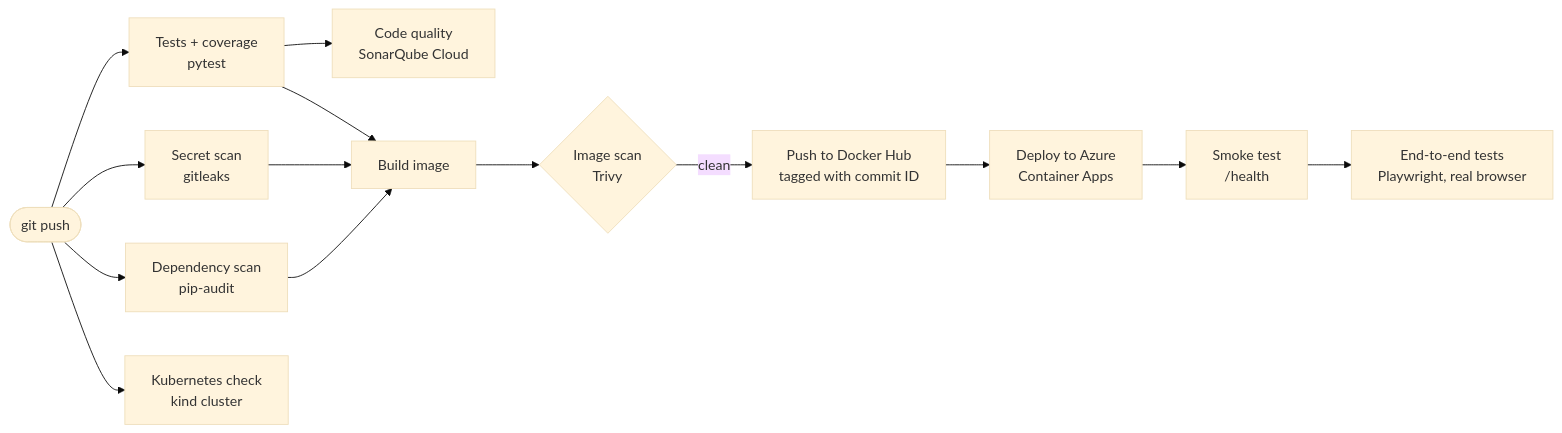
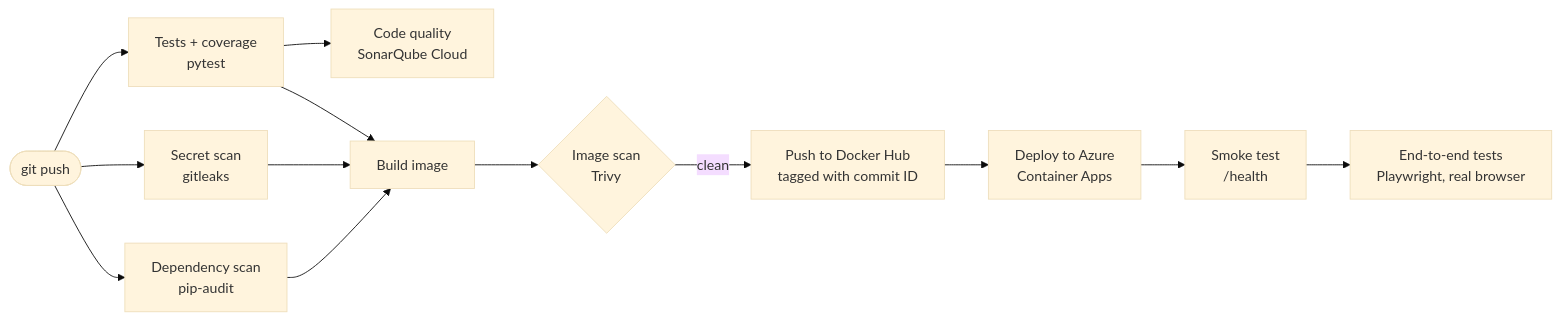
The second of 4 diagrams in README.md (joinsrikanth945/Wealth-agentic-rag-azure-openai), drawn with Mermaid (base theme) before and after one commit. The commit also changed other lines of this file and 23 other files, not shown here.

Commit message:
Add a Helm chart for the app and a separate Kubernetes workflow

````diff
--- a/README.md
+++ b/README.md
@@ -372,16 +374,15 @@
 ```mermaid
 flowchart LR
     P([git push]) --> T[Tests + coverage<br/>pytest]
     P --> S[Secret scan<br/>gitleaks]
     P --> D[Dependency scan<br/>pip-audit]
-    P --> KC[Kubernetes check<br/>kind cluster]
     T --> Q[Code quality<br/>SonarQube Cloud]
     T --> B
     S --> B
     D --> B[Build image]
     B --> V{Image scan<br/>Trivy}
     V -->|clean| H[Push to Docker Hub<br/>tagged with commit ID]
     H --> A[Deploy to Azure<br/>Container Apps]
     A --> K[Smoke test<br/>/health]
     K --> E[End-to-end tests<br/>Playwright, real browser]
 ```
````
